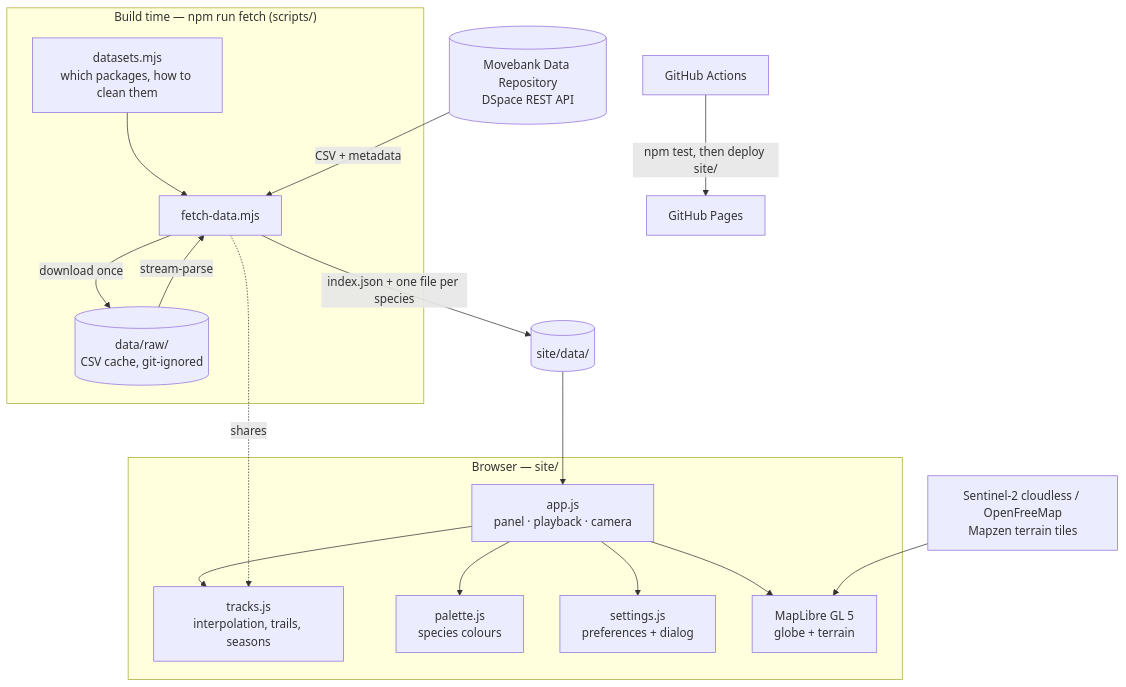
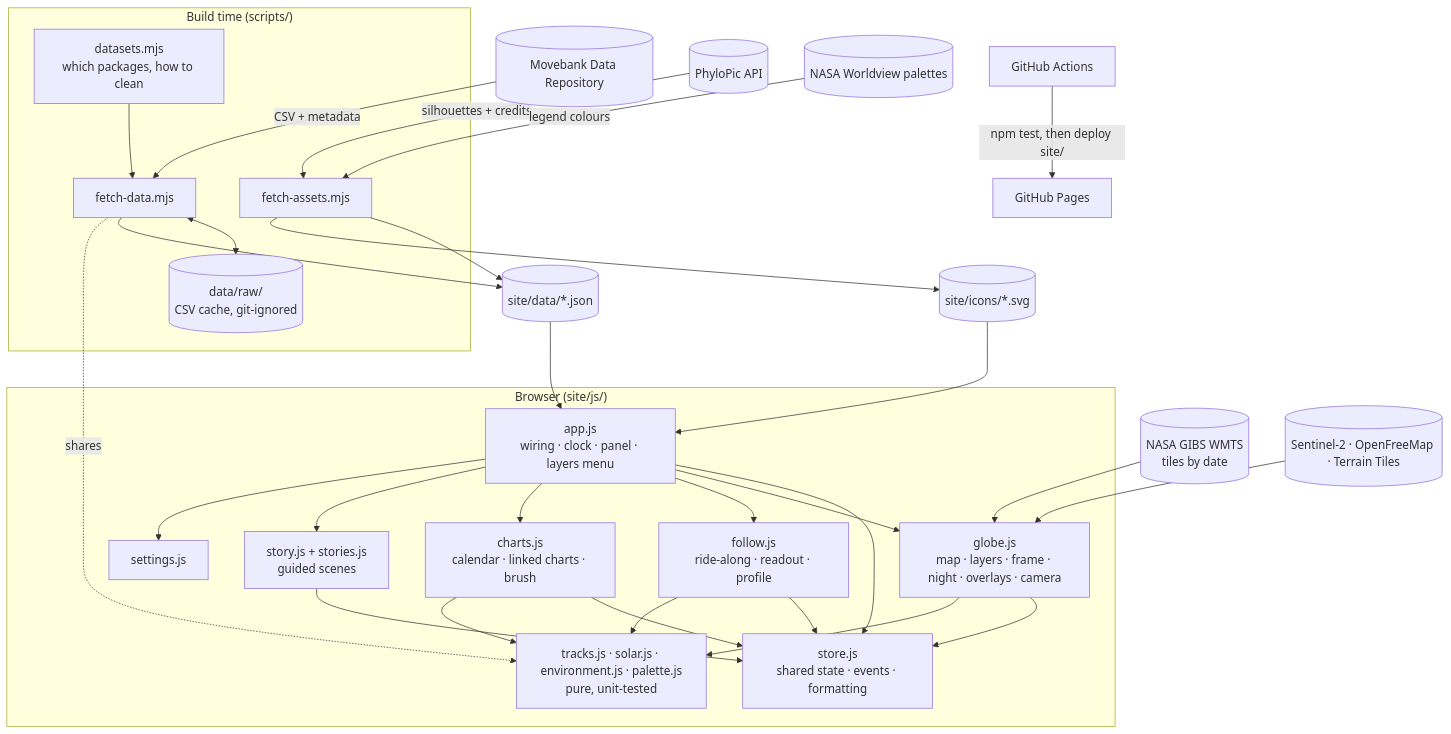
The diagram in docs/SYSTEM-DESIGN.md (amalmehta/TrackTheMigration), drawn with Mermaid before and after one commit. The commit also changed other lines of this file and 37 other files, not shown here.

First line of the commit message:
Deep interactive viz: follow mode, linked charts, NASA layers, stories, cinematic redesign

````diff
--- a/docs/SYSTEM-DESIGN.md
+++ b/docs/SYSTEM-DESIGN.md
@@ -7,28 +7,37 @@
 ```mermaid
 flowchart TB
-  subgraph Build["Build time — npm run fetch (scripts/)"]
-    REG[datasets.mjs<br>which packages, how to clean them]
+  subgraph Build["Build time (scripts/)"]
+    REG[datasets.mjs<br>which packages, how to clean]
     FETCH[fetch-data.mjs]
+    ASSETS[fetch-assets.mjs]
     RAW[(data/raw/<br>CSV cache, git-ignored)]
     REG --> FETCH
-    FETCH -->|download once| RAW
-    RAW -->|stream-parse| FETCH
+    FETCH <--> RAW
   end
+  MDR[(Movebank Data Repository)] -->|CSV + metadata| FETCH
+  PHY[(PhyloPic API)] -->|silhouettes + credits| ASSETS
+  WV[(NASA Worldview palettes)] -->|legend colours| ASSETS
+  FETCH --> DATA[(site/data/*.json)]
+  ASSETS --> DATA
+  ASSETS --> ICONS[(site/icons/*.svg)]
 
-  MDR[(Movebank Data Repository<br>DSpace REST API)] -->|CSV + metadata| FETCH
-  FETCH -->|index.json + one file per species| DATA[(site/data/)]
-
-  subgraph Browser["Browser — site/"]
-    APP[app.js<br>panel · playback · camera]
-    TR[tracks.js<br>interpolation, trails, seasons]
-    PAL[palette.js<br>species colours]
-    SET[settings.js<br>preferences + dialog]
-    ML[MapLibre GL 5<br>globe + terrain]
-    APP --> TR & PAL & SET & ML
+  subgraph Browser["Browser (site/js/)"]
+    APP[app.js<br>wiring · clock · panel · layers menu]
+    STORE[store.js<br>shared state · events · formatting]
+    GLOBE[globe.js<br>map · layers · frame · night · overlays · camera]
+    FOLLOW[follow.js<br>ride-along · readout · profile]
+    CHARTS[charts.js<br>calendar · linked charts · brush]
+    STORY[story.js + stories.js<br>guided scenes]
+    PURE[tracks.js · solar.js · environment.js · palette.js<br>pure, unit-tested]
+    SET[settings.js]
+    APP --> STORE & GLOBE & FOLLOW & CHARTS & STORY & SET
+    GLOBE & FOLLOW & CHARTS & STORY --> STORE
+    GLOBE & FOLLOW & CHARTS --> PURE
   end
-
   DATA --> APP
-  TILES[Sentinel-2 cloudless / OpenFreeMap<br>Mapzen terrain tiles] --> ML
-  FETCH -. shares .-> TR
+  ICONS --> APP
+  GIBS[(NASA GIBS WMTS<br>tiles by date)] --> GLOBE
+  TILES[(Sentinel-2 · OpenFreeMap · Terrain Tiles)] --> GLOBE
+  FETCH -. shares .-> PURE
   GH[GitHub Actions] -->|npm test, then deploy site/| PAGES[GitHub Pages]
 ```
````
